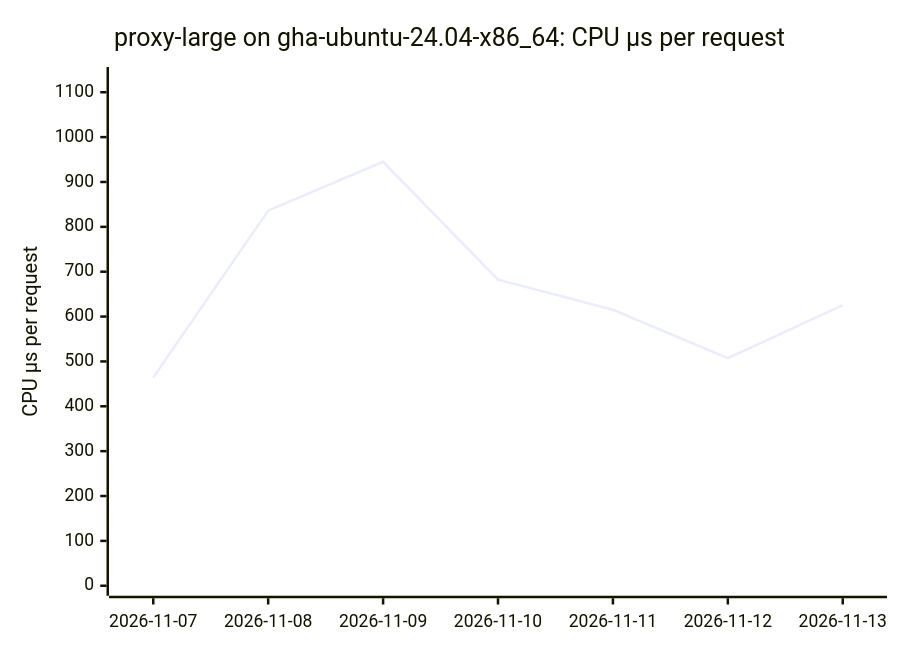
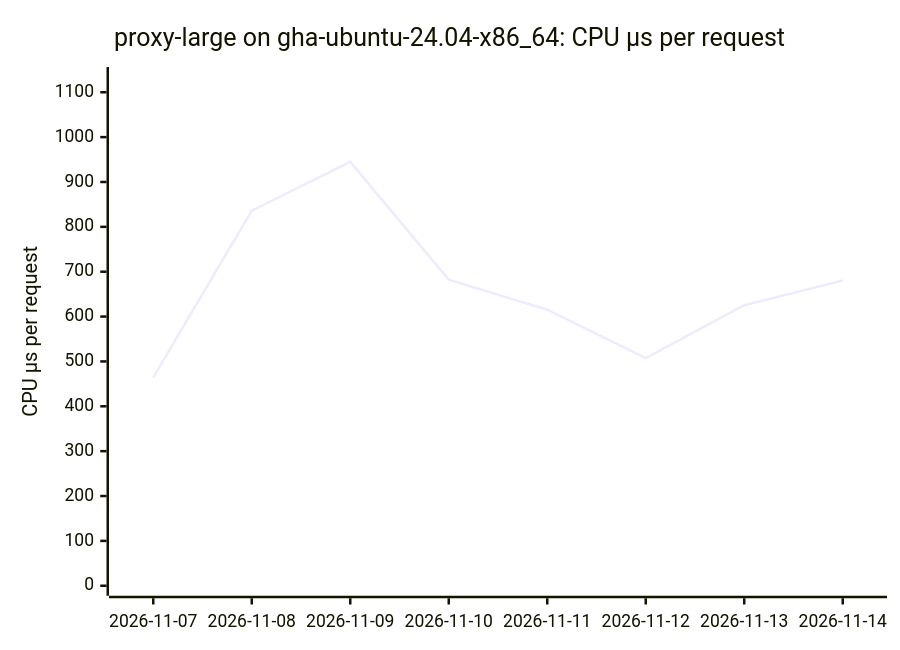
The sixth of 18 diagrams in BENCHMARKS.md (ThePixelPilgrim/durchlauferhitzer), drawn with Mermaid before and after one commit. The commit also changed other lines of this file and 1 other file, not shown here.

````diff
--- a/BENCHMARKS.md
+++ b/BENCHMARKS.md
@@ -76,7 +76,7 @@
 ```mermaid
 xychart-beta
   title "proxy-large on gha-ubuntu-24.04-x86_64: CPU µs per request"
-  x-axis ["2026-11-07", "2026-11-08", "2026-11-09", "2026-11-10", "2026-11-11", "2026-11-12", "2026-11-13"]
+  x-axis ["2026-11-07", "2026-11-08", "2026-11-09", "2026-11-10", "2026-11-11", "2026-11-12", "2026-11-13", "2026-11-14"]
   y-axis "CPU µs per request" 0 --> 1134
-  line [464.25, 836.13, 944.91, 682.24, 615.25, 507.25, 625.31]
+  line [464.25, 836.13, 944.91, 682.24, 615.25, 507.25, 625.31, 680.39]
 ```
````
